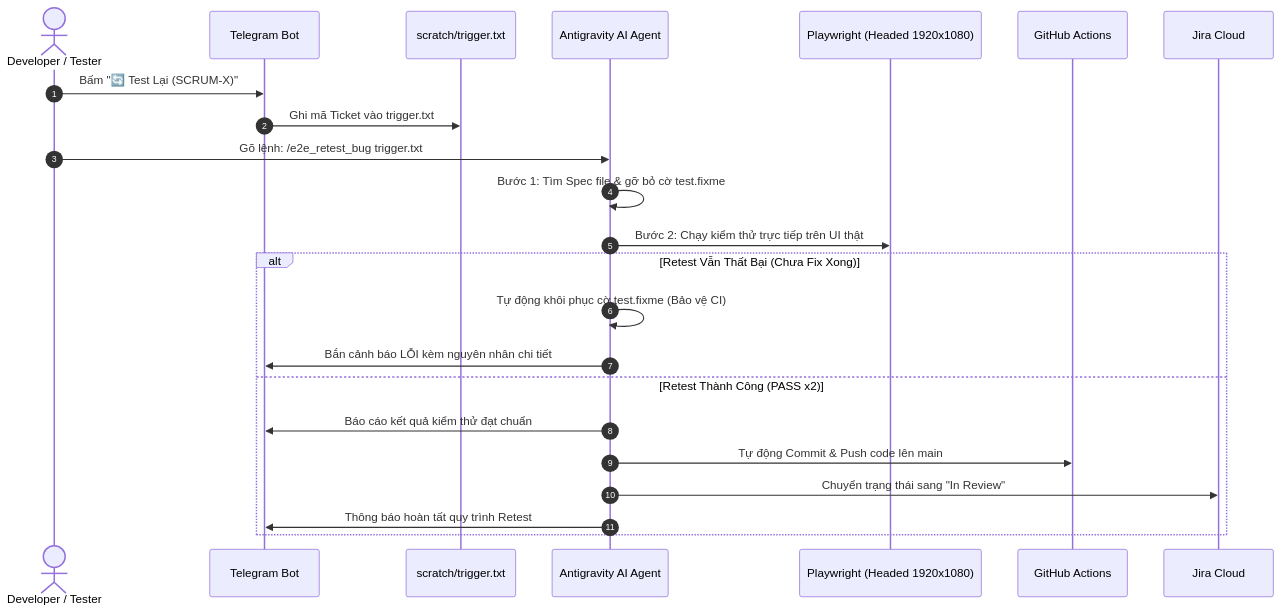
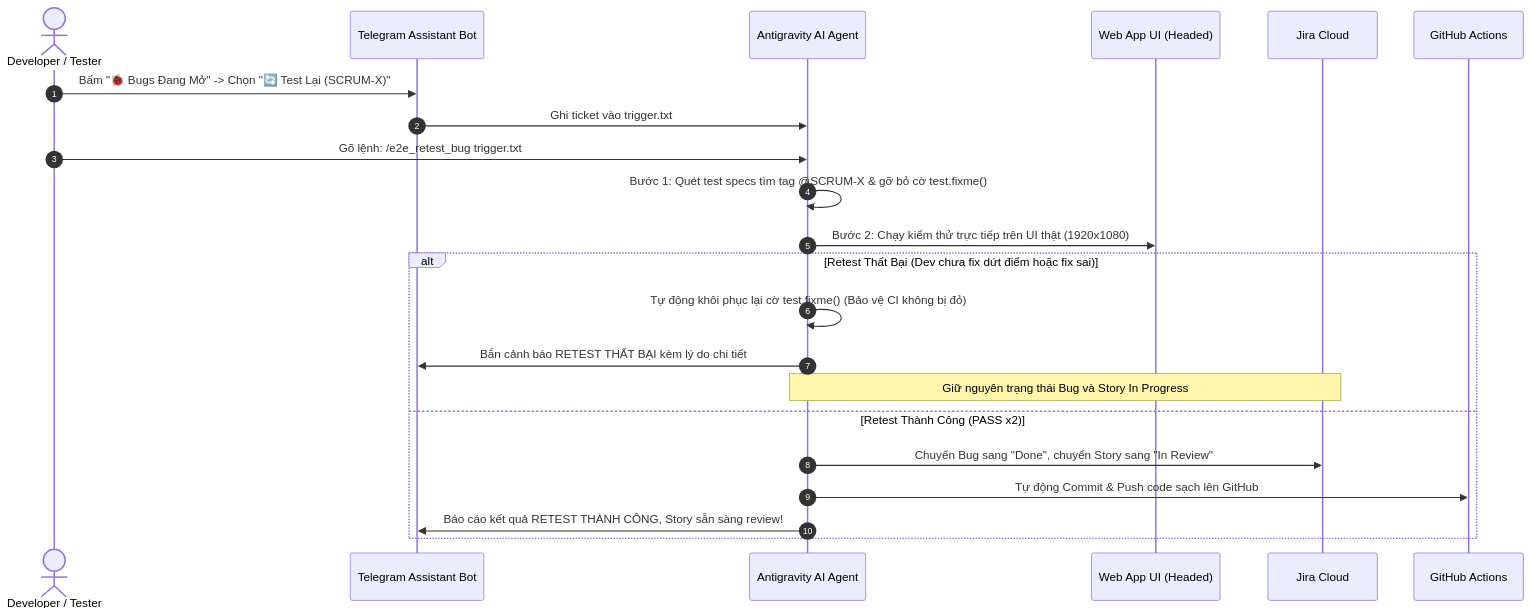
The second of 2 diagrams in README.md (Khoi67/ai-automation-test), drawn with Mermaid before and after one commit. The commit also changed other lines of this file and 33 other files, not shown here.

````diff
--- a/README.md
+++ b/README.md
@@ -347,26 +314,26 @@
 ```mermaid
 sequenceDiagram
     autonumber
-    actor Dev as Developer / Tester
-    participant TG as Telegram Bot
-    participant TF as scratch/trigger.txt
+    actor Tester as Developer / Tester
+    participant TG as Telegram Assistant Bot
     participant IDE as Antigravity AI Agent
-    participant PW as Playwright (Headed 1920x1080)
+    participant App as Web App UI (Headed)
+    participant Jira as Jira Cloud
     participant Git as GitHub Actions
-    participant Jira as Jira Cloud
 
-    Dev->>TG: Bấm "🔄 Test Lại (SCRUM-X)"
-    TG->>TF: Ghi mã Ticket vào trigger.txt
-    Dev->>IDE: Gõ lệnh: /e2e_retest_bug trigger.txt
-    IDE->>IDE: Bước 1: Tìm Spec file & gỡ bỏ cờ test.fixme
-    IDE->>PW: Bước 2: Chạy kiểm thử trực tiếp trên UI thật
-    alt Retest Vẫn Thất Bại (Chưa Fix Xong)
-        IDE->>IDE: Tự động khôi phục cờ test.fixme (Bảo vệ CI)
-        IDE->>TG: Bắn cảnh báo LỖI kèm nguyên nhân chi tiết
+    Tester->>TG: Bấm "🐞 Bugs Đang Mở" -> Chọn "🔄 Test Lại (SCRUM-X)"
+    TG->>IDE: Ghi ticket vào trigger.txt
+    Tester->>IDE: Gõ lệnh: /e2e_retest_bug trigger.txt
+    IDE->>IDE: Bước 1: Quét test specs tìm tag @SCRUM-X & gỡ bỏ cờ test.fixme()
+    IDE->>App: Bước 2: Chạy kiểm thử trực tiếp trên UI thật (1920x1080)
+    
+    alt Retest Thất Bại (Dev chưa fix dứt điểm hoặc fix sai)
+        IDE->>IDE: Tự động khôi phục lại cờ test.fixme() (Bảo vệ CI không bị đỏ)
+        IDE->>TG: Bắn cảnh báo RETEST THẤT BẠI kèm lý do chi tiết
+        Note over IDE,Jira: Giữ nguyên trạng thái Bug và Story In Progress
     else Retest Thành Công (PASS x2)
-        IDE->>TG: Báo cáo kết quả kiểm thử đạt chuẩn
-        IDE->>Git: Tự động Commit & Push code lên main
-        IDE->>Jira: Chuyển trạng thái sang "In Review"
-        IDE->>TG: Thông báo hoàn tất quy trình Retest
+        IDE->>Jira: Chuyển Bug sang "Done", chuyển Story sang "In Review"
+        IDE->>Git: Tự động Commit & Push code sạch lên GitHub
+        IDE->>TG: Báo cáo kết quả RETEST THÀNH CÔNG, Story sẵn sàng review!
     end
 ```
````
